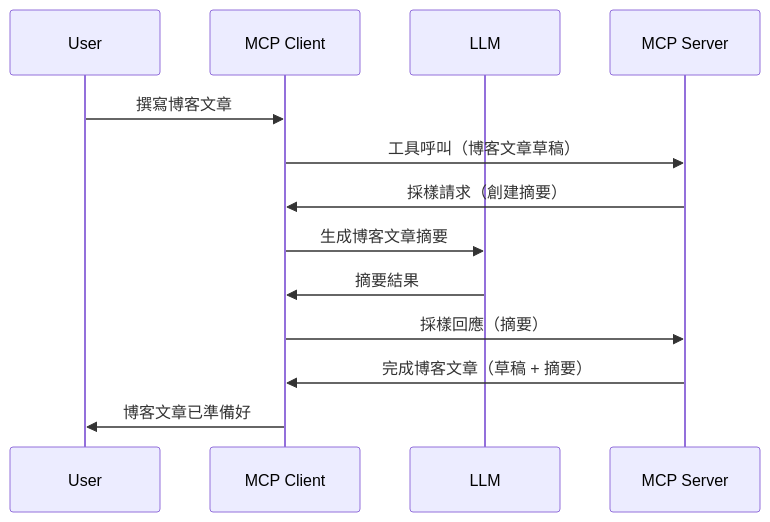
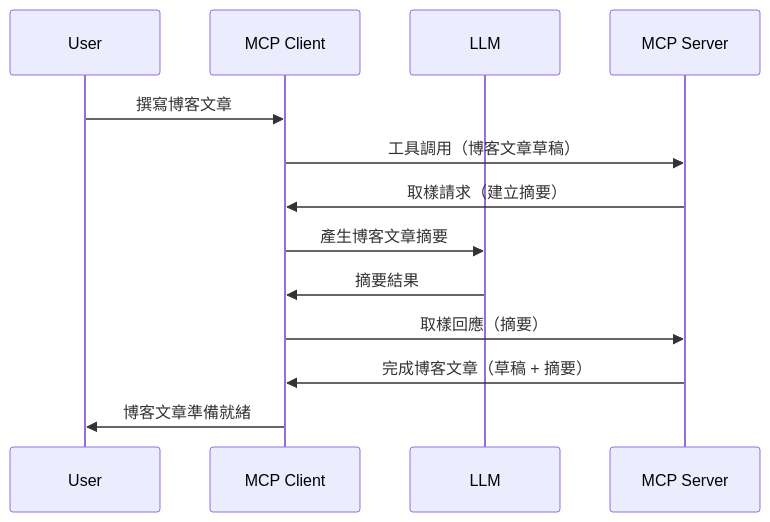
One commit to HIDORAKAI002/ai-workspace-archive changed the diagram in mcp_ecosystem__model_context_protocol/mcp_learning_resources/mcp-for-beginners/translations/zh-HK/03-GettingStarted/14-sampling/README.md. Above: the diagram before and after it, drawn with Mermaid. The commit also changed other lines of this file and 1539 other files, not shown here.

````diff
--- a/mcp_ecosystem__model_context_protocol/mcp_learning_resources/mcp-for-beginners/translations/zh-HK/03-GettingStarted/14-sampling/README.md
+++ b/mcp_ecosystem__model_context_protocol/mcp_learning_resources/mcp-for-beginners/translations/zh-HK/03-GettingStarted/14-sampling/README.md
@@ -23,16 +23,16 @@
 ```mermaid
 sequenceDiagram
     participant User
     participant MCP Client
     participant LLM
     participant MCP Server
 
     User->>MCP Client: 撰寫博客文章
-    MCP Client->>MCP Server: 工具呼叫（博客文章草稿）
-    MCP Server->>MCP Client: 採樣請求（創建摘要）
-    MCP Client->>LLM: 生成博客文章摘要
+    MCP Client->>MCP Server: 工具調用（博客文章草稿）
+    MCP Server->>MCP Client: 取樣請求（建立摘要）
+    MCP Client->>LLM: 產生博客文章摘要
     LLM->>MCP Client: 摘要結果
-    MCP Client->>MCP Server: 採樣回應（摘要）
+    MCP Client->>MCP Server: 取樣回應（摘要）
     MCP Server->>MCP Client: 完成博客文章（草稿 + 摘要）
-    MCP Client->>User: 博客文章已準備好
+    MCP Client->>User: 博客文章準備就緒
 ```
````
